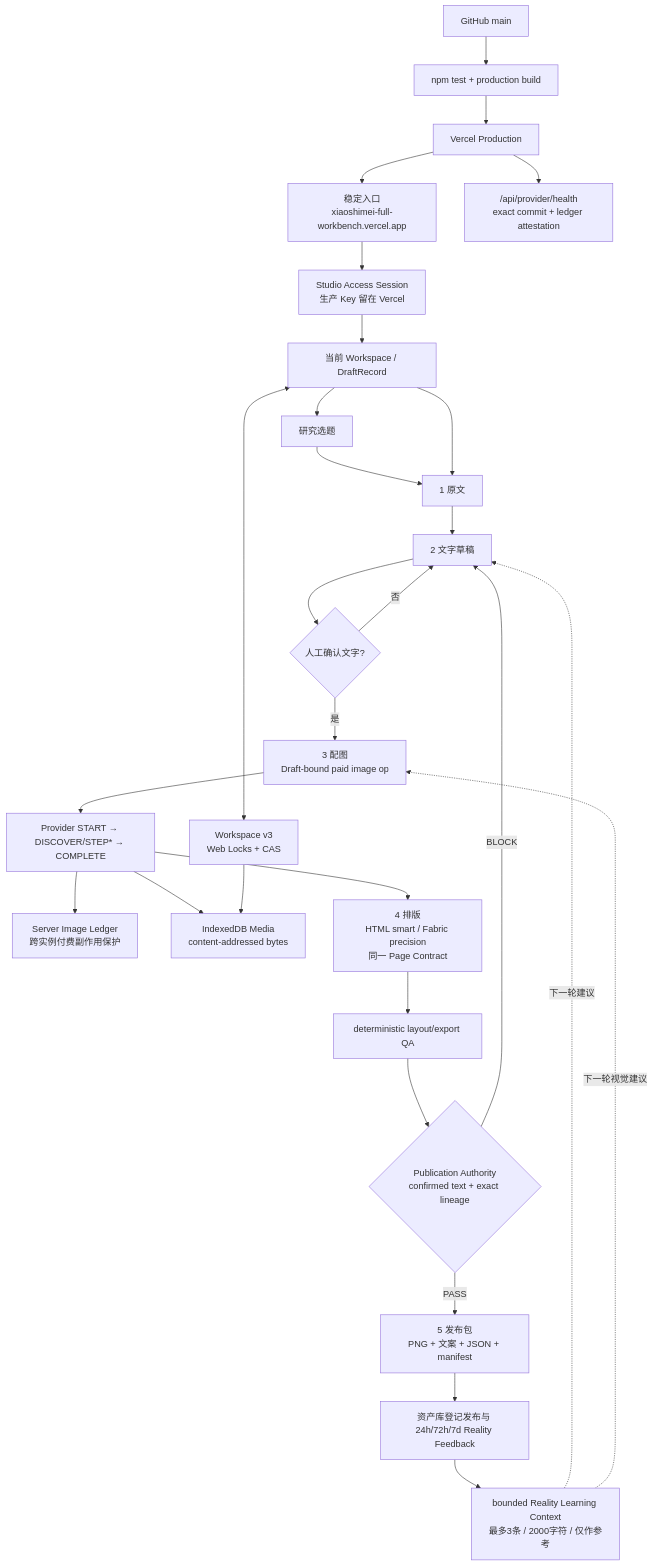
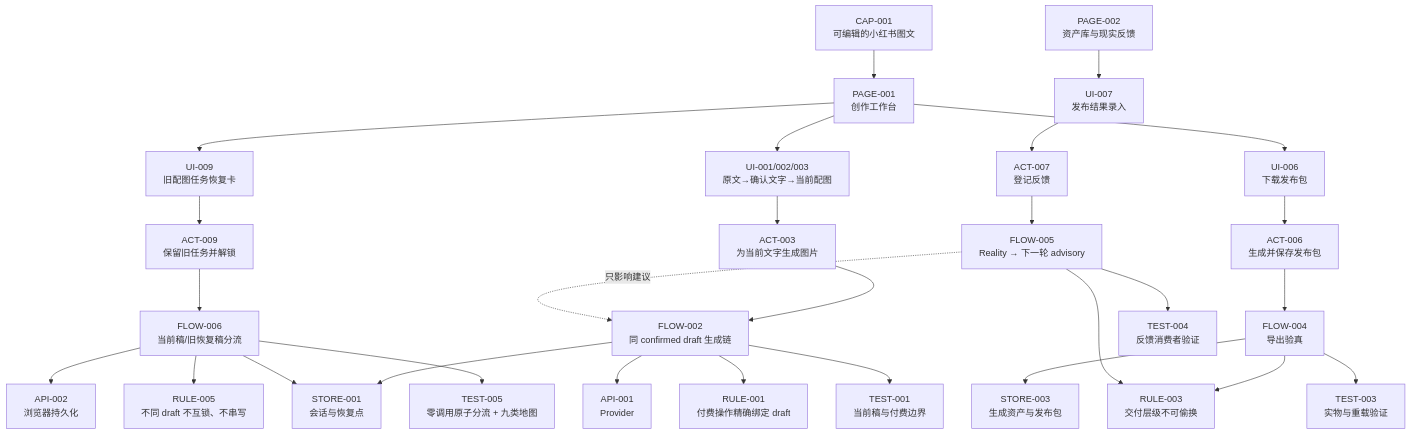
Before and after one commit to LeonWu123456/agent-xiaohongshu-workbench: the diagram in XIAOSHIMEI_WORKBENCH_FULL_LOGIC_MAP.md, drawn with Mermaid. The commit also changed other lines of this file and 53 other files, not shown here.

````diff
--- a/XIAOSHIMEI_WORKBENCH_FULL_LOGIC_MAP.md
+++ b/XIAOSHIMEI_WORKBENCH_FULL_LOGIC_MAP.md
@@ -8,33 +25,60 @@
 ```mermaid
 flowchart TD
-  U["稳定入口\nxiaoshimei-full-workbench.vercel.app"] --> A["Studio Access Session\n生产 Key 留在 Vercel"]
-  A --> W["当前 Workspace / DraftRecord"]
+  CAP["CAP-001
+可编辑的小红书图文"] --> PAGE["PAGE-001
+创作工作台"]
 
-  W --> R["研究选题"]
-  R --> S1["1 原文"]
-  W --> S1
-  S1 --> S2["2 文字草稿"]
-  S2 --> C{"人工确认文字?"}
-  C -- 否 --> S2
-  C -- 是 --> S3["3 配图\nDraft-bound paid image op"]
-  S3 --> P["Provider START → DISCOVER/STEP* → COMPLETE"]
-  P --> L["Server Image Ledger\n跨实例付费副作用保护"]
-  P --> M["IndexedDB Media\ncontent-addressed bytes"]
-  P --> S4["4 排版\nHTML smart / Fabric precision\n同一 Page Contract"]
-  S4 --> Q["deterministic layout/export QA"]
-  Q --> PA{"Publication Authority\nconfirmed text + exact lineage"}
-  PA -- BLOCK --> S2
-  PA -- PASS --> S5["5 发布包\nPNG + 文案 + JSON + manifest"]
-  S5 --> F["资产库登记发布与 24h/72h/7d Reality Feedback"]
-  F --> RL["bounded Reality Learning Context\n最多3条 / 2000字符 / 仅作参考"]
-  RL -. 下一轮建议 .-> S2
-  RL -. 下一轮视觉建议 .-> S3
+  PAGE --> U1["UI-001/002/003
+原文→确认文字→当前配图"]
+  U1 --> A3["ACT-003
+为当前文字生成图片"]
+  A3 --> F2["FLOW-002
+同 confirmed draft 生成链"]
+  F2 --> AP1["API-001
+Provider"]
+  F2 --> S1["STORE-001
+会话与恢复点"]
+  F2 --> R1["RULE-001
+付费操作精确绑定 draft"]
+  F2 --> T1["TEST-001
+当前稿与付费边界"]
 
-  W <--> WS["Workspace v3\nWeb Locks + CAS"]
-  WS --> M
+  PAGE --> U9["UI-009
+旧配图任务恢复卡"]
+  U9 --> A9["ACT-009
+保留旧任务并解锁"]
+  A9 --> F6["FLOW-006
+当前稿/旧恢复稿分流"]
+  F6 --> AP2["API-002
+浏览器持久化"]
+  F6 --> S1
+  F6 --> R5["RULE-005
+不同 draft 不互锁、不串写"]
+  F6 --> T5["TEST-005
+零调用原子分流 + 九类地图"]
 
-  G["GitHub main"] --> T["npm test + production build"]
-  T --> V["Vercel Production"]
-  V --> U
-  V --> H["/api/provider/health\nexact commit + ledger attestation"]
+  PAGE --> U6["UI-006
+下载发布包"]
+  U6 --> A6["ACT-006
+生成并保存发布包"]
+  A6 --> F4["FLOW-004
+导出验真"]
+  F4 --> S3["STORE-003
+生成资产与发布包"]
+  F4 --> R3["RULE-003
+交付层级不可偷换"]
+  F4 --> T3["TEST-003
+实物与重载验证"]
+
+  P2["PAGE-002
+资产库与现实反馈"] --> U7["UI-007
+发布结果录入"]
+  U7 --> A7["ACT-007
+登记反馈"]
+  A7 --> F5["FLOW-005
+Reality → 下一轮 advisory"]
+  F5 -. 只影响建议 .-> F2
+  F5 --> R3
+  F5 --> T4["TEST-004
+反馈消费者验证"]
 ```
````
